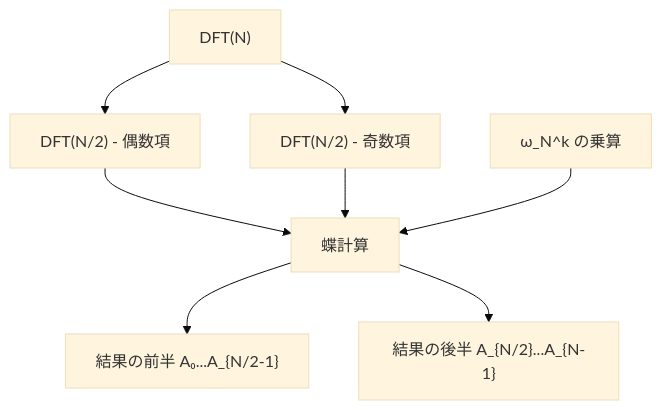
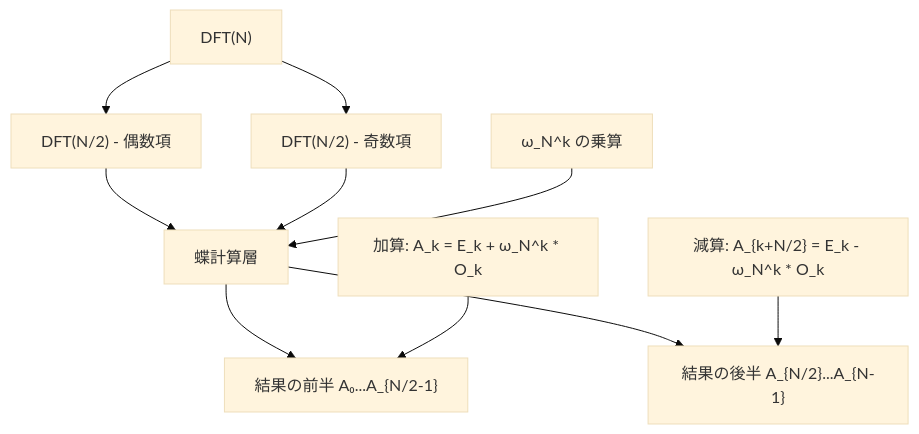
The second of 3 diagrams in articles/competitive_programming/fast_fourier_transform.md (gtnao/viblog), drawn with Mermaid (base theme) before and after one commit. The commit also changed other lines of this file and 4 other files, not shown here.

````diff
--- a/articles/competitive_programming/fast_fourier_transform.md
+++ b/articles/competitive_programming/fast_fourier_transform.md
@@ -50,18 +73,20 @@
 ```mermaid
 graph TD
     A["DFT(N)"]
     B["DFT(N/2) - 偶数項"]
     C["DFT(N/2) - 奇数項"]
-    D["蝶計算"]
+    D["蝶計算層"]
     E["結果の前半 A₀...A_{N/2-1}"]
     F["結果の後半 A_{N/2}...A_{N-1}"]
     
     A --> B
     A --> C
     B --> D
     C --> D
     D --> E
     D --> F
     
     G["ω_N^k の乗算"] --> D
+    H["加算: A_k = E_k + ω_N^k * O_k"] --> E
+    I["減算: A_{k+N/2} = E_k - ω_N^k * O_k"] --> F
 ```
````
